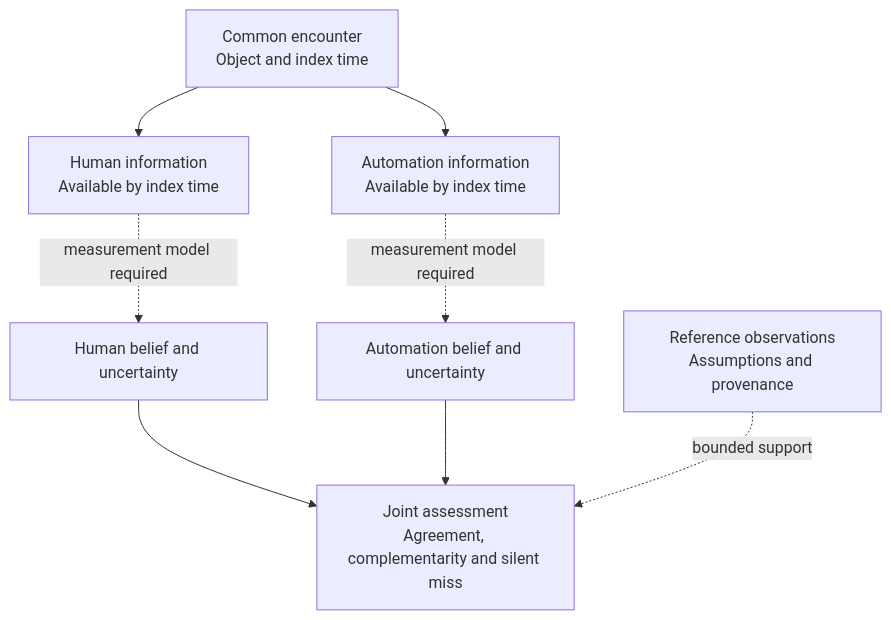
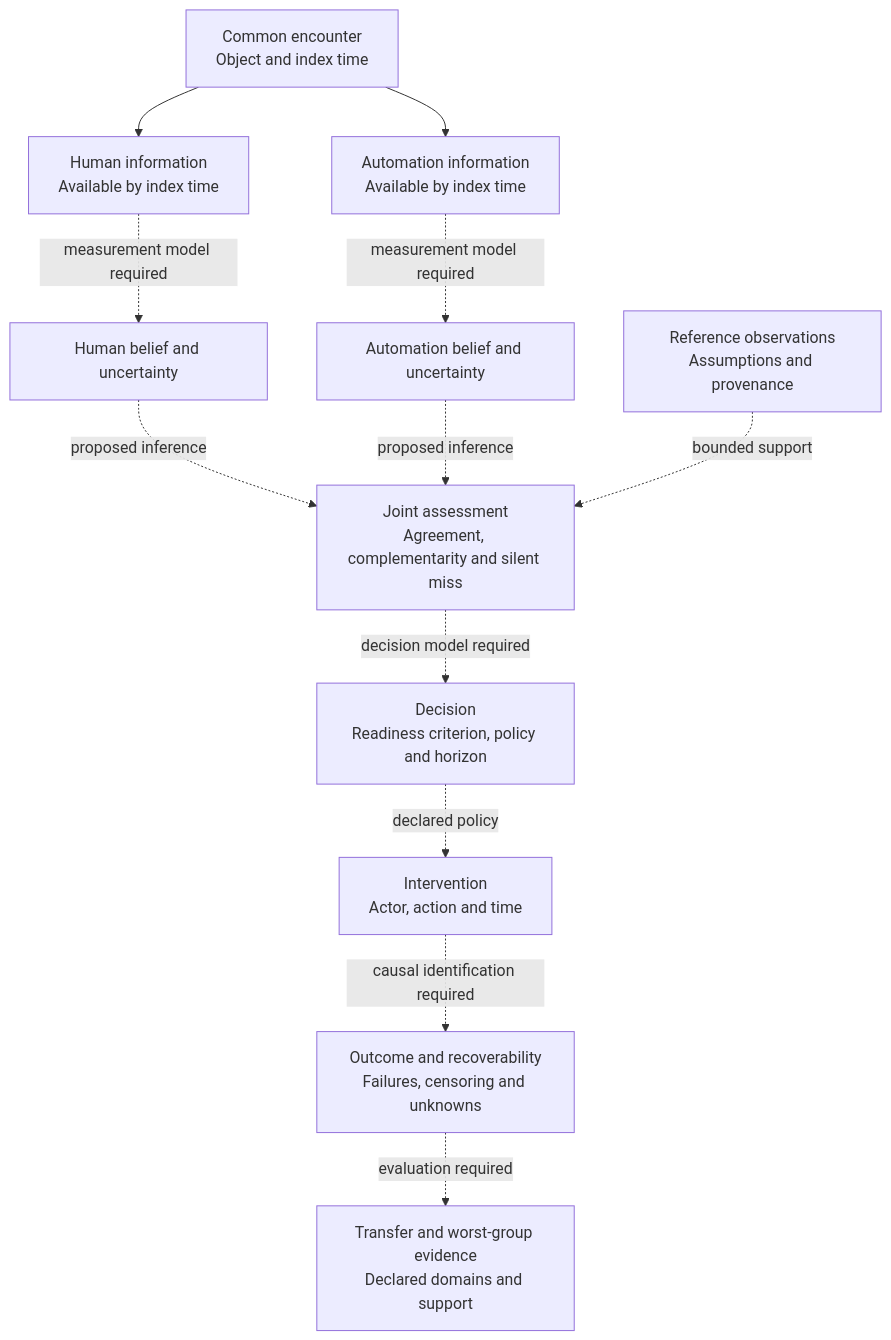
Before and after one commit to manfromnowhere143/reiyah: the fifth of 7 diagrams in README.md, drawn with Mermaid. The commit also changed other lines of this file and 11 other files, not shown here.

Commit message:
Update research narrative, diagrams and session brief

````diff
--- a/README.md
+++ b/README.md
@@ -254,10 +282,14 @@
 ```mermaid
 flowchart TB
   C["Common encounter<br/>Object and index time"] --> H["Human information<br/>Available by index time"]
   C --> A["Automation information<br/>Available by index time"]
   H -. "measurement model required" .-> HB["Human belief and uncertainty"]
   A -. "measurement model required" .-> AB["Automation belief and uncertainty"]
-  HB --> J["Joint assessment<br/>Agreement, complementarity and silent miss"]
-  AB --> J
+  HB -. "proposed inference" .-> J["Joint assessment<br/>Agreement, complementarity and silent miss"]
+  AB -. "proposed inference" .-> J
+  J -. "decision model required" .-> D["Decision<br/>Readiness criterion, policy and horizon"]
+  D -. "declared policy" .-> I["Intervention<br/>Actor, action and time"]
+  I -. "causal identification required" .-> O["Outcome and recoverability<br/>Failures, censoring and unknowns"]
+  O -. "evaluation required" .-> V["Transfer and worst-group evidence<br/>Declared domains and support"]
   E["Reference observations<br/>Assumptions and provenance"] -. "bounded support" .-> J
 ```
````
